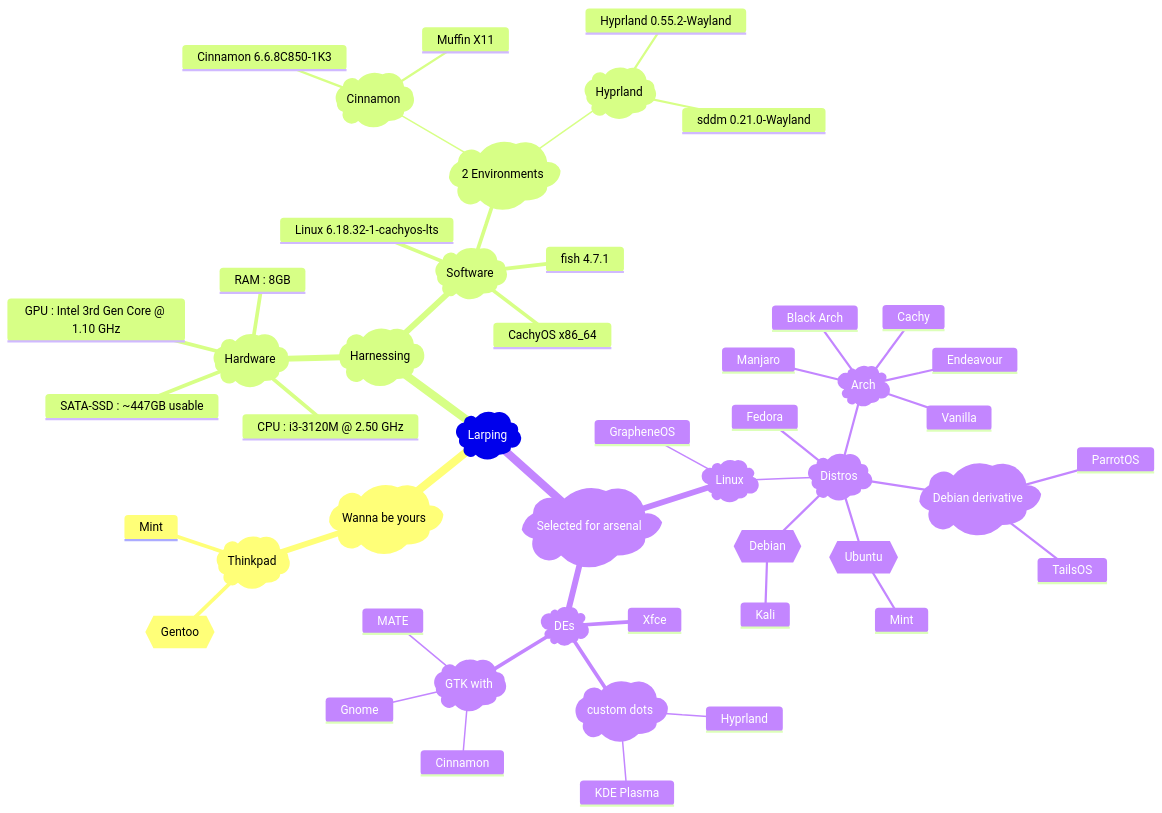
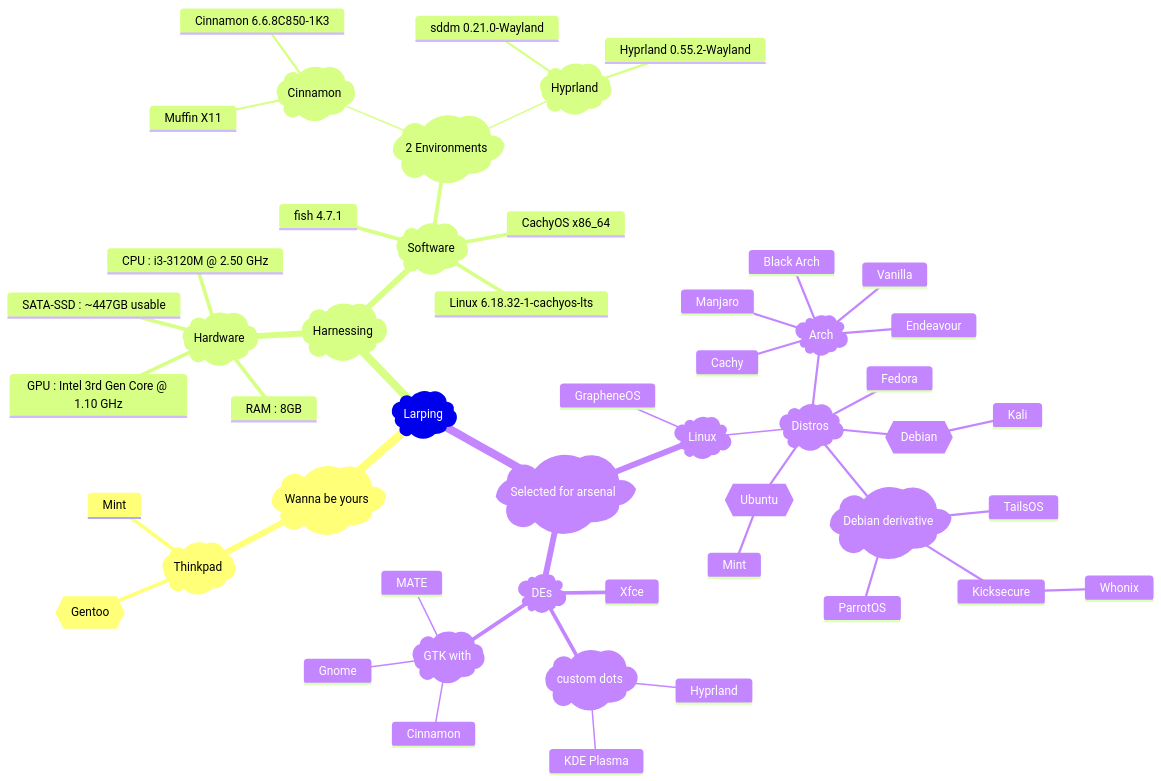
One commit to Chintanpatel24/Chintanpatel24 changed the diagram in README.md. Above: the diagram before and after it, drawn with Mermaid.

````diff
--- a/README.md
+++ b/README.md
@@ -4,52 +4,54 @@
 ```mermaid
 mindmap
 root)Larping(
  ) Wanna be yours(
   )Thinkpad(
    {{Gentoo}}
    Mint
  )Harnessing(
   )Hardware(     
    GPU : Intel 3rd Gen Core @ 1.10 GHz
    CPU : i3-3120M @ 2.50 GHz
    RAM : 8GB
    SATA-SSD : ~447GB usable 
   )Software(
    )2 Environments(
     )Cinnamon( 
      Muffin X11
      Cinnamon 6.6.8C850-1K3
     )Hyprland(
      Hyprland 0.55.2-Wayland
      sddm 0.21.0-Wayland
    CachyOS x86_64
    fish 4.7.1
    Linux 6.18.32-1-cachyos-lts
  ) Selected for arsenal(
    )Linux(
     GrapheneOS
     )Distros(
      )Arch(
       Endeavour
       Vanilla
       Black Arch
       Cachy
       Manjaro
      {{Debian}}
       Kali
      {{Ubuntu}}
       Mint
      Fedora
      )Debian derivative(
+      Kicksecure
+       Whonix
       ParrotOS
       TailsOS
   )DEs(
    Xfce
    )custom dots(
     Hyprland
     KDE Plasma
    )GTK with(
     Cinnamon
     Gnome
     MATE
 ```
````
